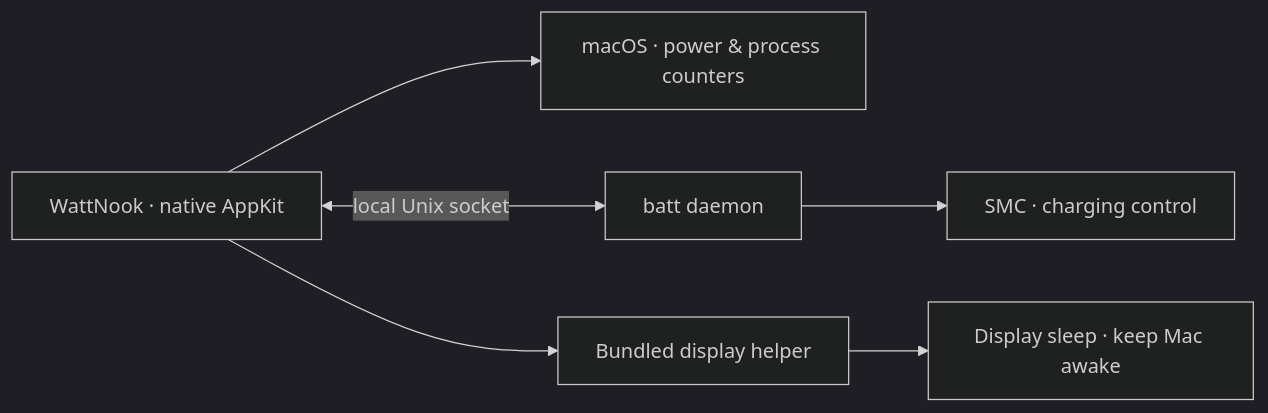
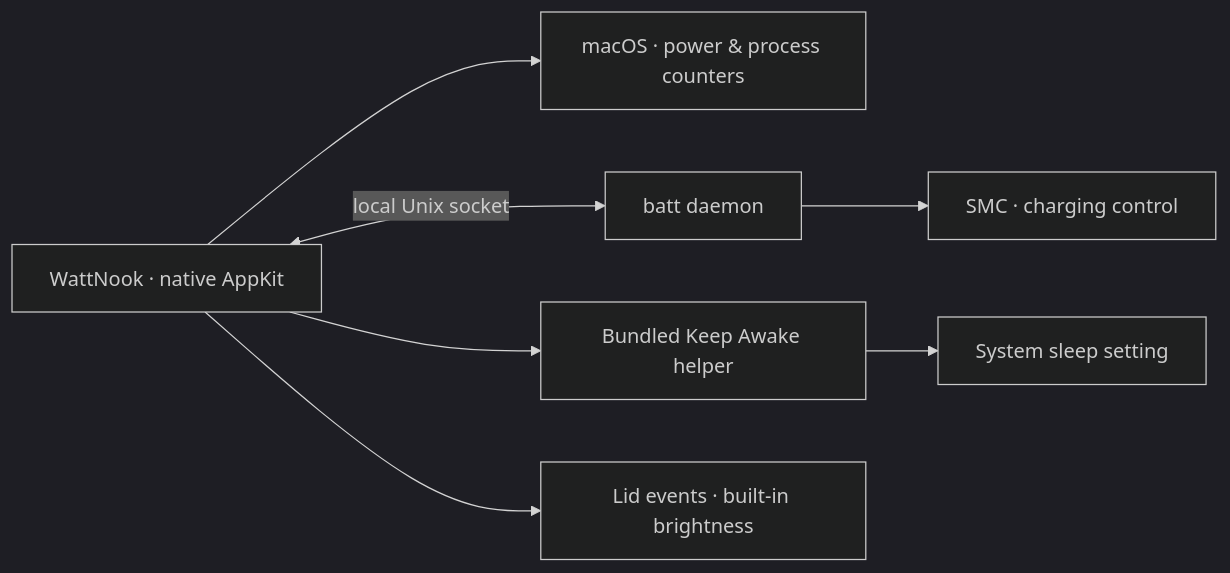
One commit to itscloud0/batt changed the diagram in README.md. Above: the diagram before and after it, drawn with Mermaid (dark theme). The commit also changed other lines of this file and 20 other files, not shown here.

First line of the commit message:
Replace Screen Off with Keep Awake and add bounded monitoring

````diff
--- a/README.md
+++ b/README.md
@@ -87,8 +93,9 @@
 ```mermaid
 flowchart LR
     UI["WattNook · native AppKit"] --> OS["macOS · power & process counters"]
     UI <-->|"local Unix socket"| D["batt daemon"]
     D --> SMC["SMC · charging control"]
-    UI --> H["Bundled display helper"]
-    H --> Display["Display sleep · keep Mac awake"]
+    UI --> H["Bundled Keep Awake helper"]
+    H --> Sleep["System sleep setting"]
+    UI --> Lid["Lid events · built-in brightness"]
 ```
````
